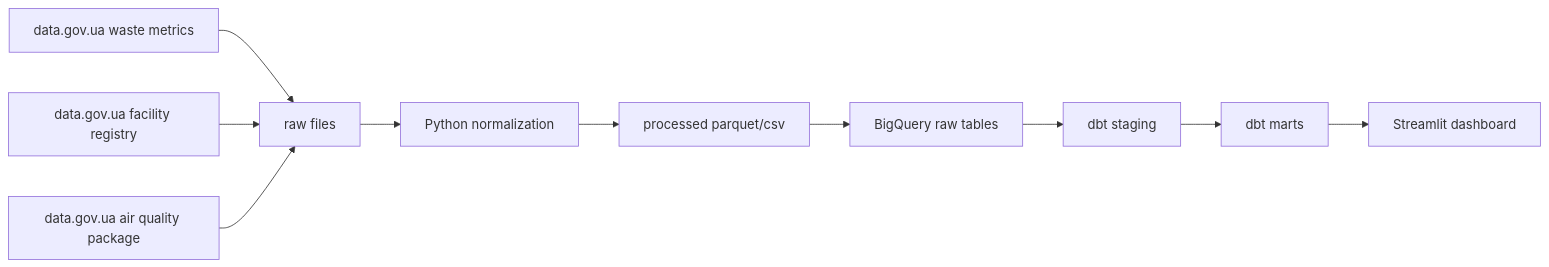
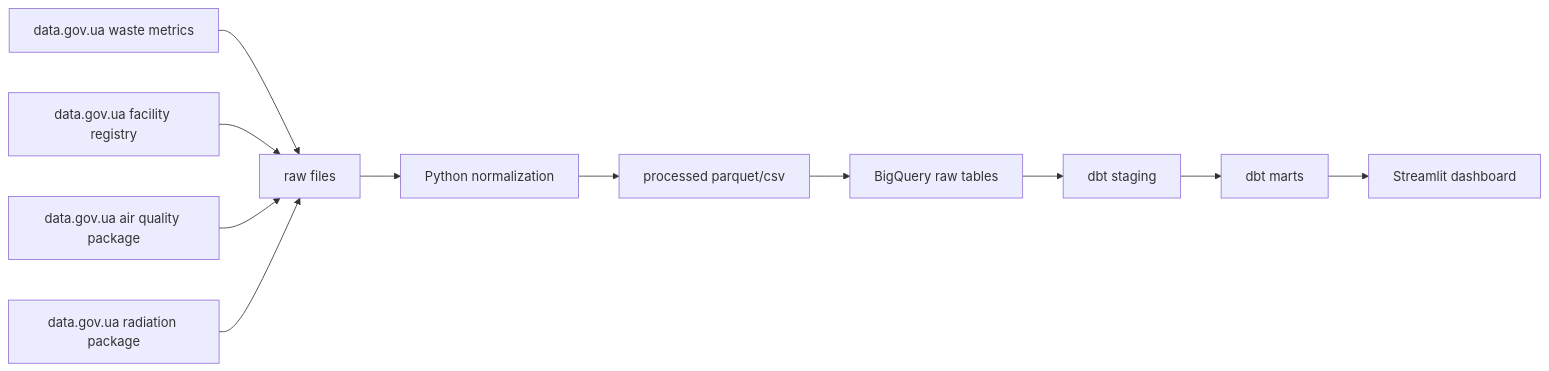
Before and after one commit to K-RnD-Lab/SPHERE-I-SCIENCE: the diagram in S6 — 🌍 Ecology & Environmental Science/S6-A - K-EcoLOGIC Lab/S6-A-R1 - SortSmart Ukraine/R1a-sortsmart-ukraine/README.md, drawn with Mermaid. The commit also changed other lines of this file and 11 other files, not shown here.

````diff
--- a/S6 — 🌍 Ecology & Environmental Science/S6-A - K-EcoLOGIC Lab/S6-A-R1 - SortSmart Ukraine/R1a-sortsmart-ukraine/README.md
+++ b/S6 — 🌍 Ecology & Environmental Science/S6-A - K-EcoLOGIC Lab/S6-A-R1 - SortSmart Ukraine/R1a-sortsmart-ukraine/README.md
@@ -103,12 +107,13 @@
 ```mermaid
 flowchart LR
     A[data.gov.ua waste metrics] --> B[raw files]
     C[data.gov.ua facility registry] --> B
     D[data.gov.ua air quality package] --> B
-    B --> E[Python normalization]
-    E --> F[processed parquet/csv]
-    F --> G[BigQuery raw tables]
-    G --> H[dbt staging]
-    H --> I[dbt marts]
-    I --> J[Streamlit dashboard]
+    E[data.gov.ua radiation package] --> B
+    B --> F[Python normalization]
+    F --> G[processed parquet/csv]
+    G --> H[BigQuery raw tables]
+    H --> I[dbt staging]
+    I --> J[dbt marts]
+    J --> K[Streamlit dashboard]
 ```
````
